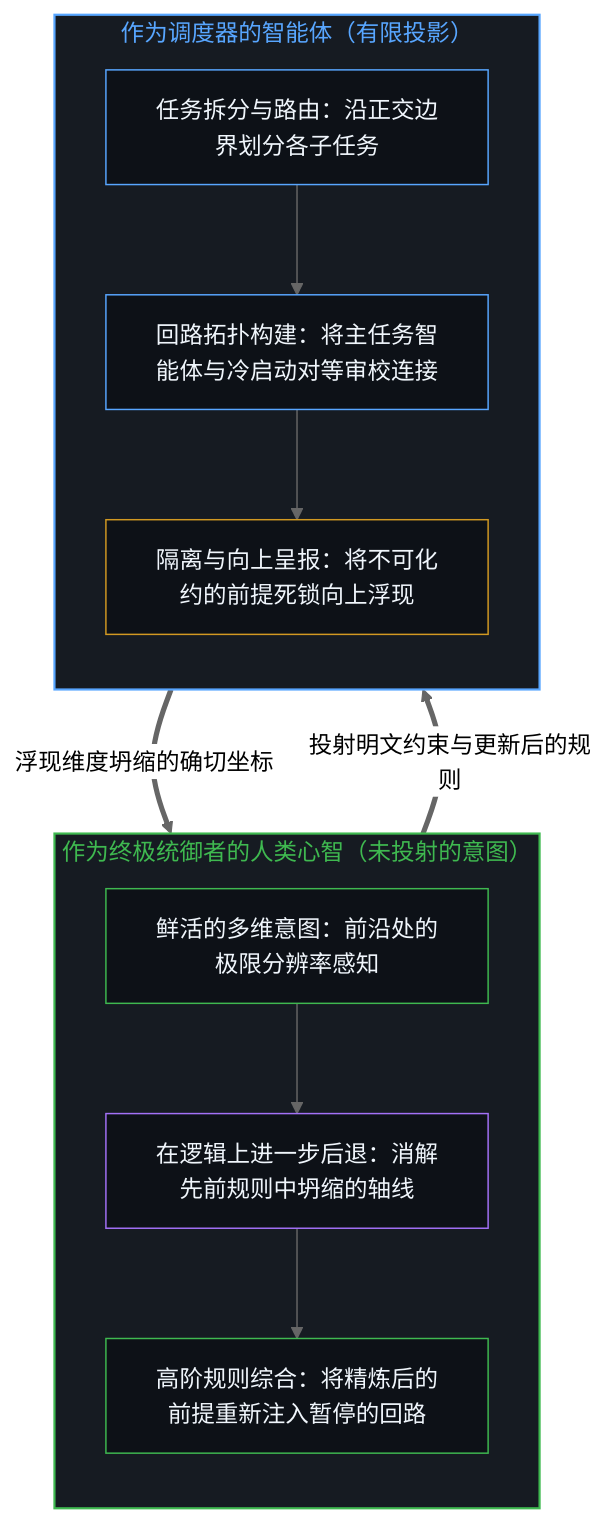
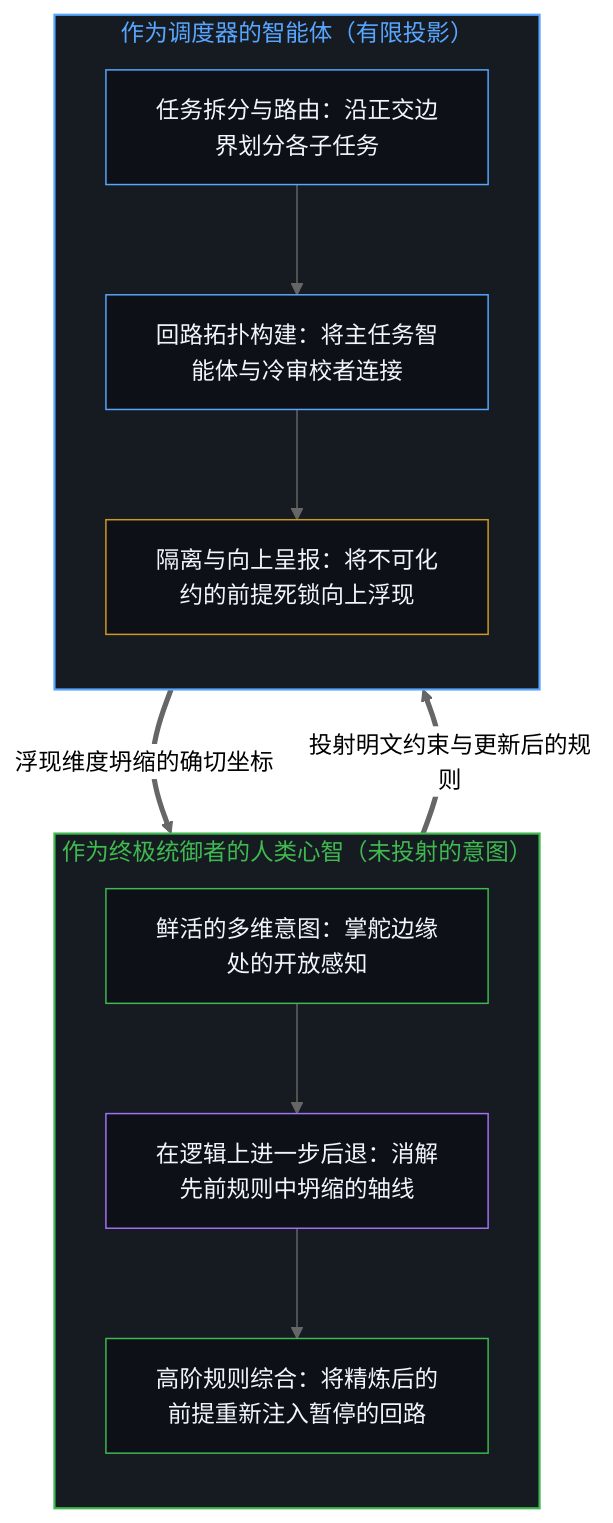
The fifth of 6 diagrams in content/posts/beyond-the-projection.md (powerpig99/not-a-toe), drawn with Mermaid (neutral theme) before and after one commit. The commit also changed other lines of this file and 5 other files, not shown here.

````diff
--- a/content/posts/beyond-the-projection.md
+++ b/content/posts/beyond-the-projection.md
@@ -241,30 +227,27 @@
 ```mermaid
 flowchart TD
     subgraph S_Orch["作为终极统御者的人类心智（未投射的意图）"]
         direction TB
-        Intent["鲜活的多维意图：前沿处的极限分辨率感知"]
+        Intent["鲜活的多维意图：掌舵边缘处的开放感知"]
         StepBack["在逻辑上进一步后退：消解先前规则中坍缩的轴线"]
         ReInject["高阶规则综合：将精炼后的前提重新注入暂停的回路"]
         Intent --> StepBack --> ReInject
     end
-
     subgraph S_Disp["作为调度器的智能体（有限投影）"]
         direction TB
         Route["任务拆分与路由：沿正交边界划分各子任务"]
-        Wire["回路拓扑构建：将主任务智能体与冷启动对等审校连接"]
+        Wire["回路拓扑构建：将主任务智能体与冷审校者连接"]
         Escalate["隔离与向上呈报：将不可化约的前提死锁向上浮现"]
         Route --> Wire --> Escalate
     end
-
     ReInject ==>|"投射明文约束与更新后的规则"| Route
     Escalate ==>|"浮现维度坍缩的确切坐标"| StepBack
-
     style S_Orch fill:#161b22,stroke:#3fb950,stroke-width:1.5px,color:#3fb950
     style S_Disp fill:#161b22,stroke:#58a6ff,stroke-width:1.5px,color:#58a6ff
     style Intent fill:#0d1117,stroke:#3fb950,stroke-width:1px,color:#f0f6fc
     style StepBack fill:#0d1117,stroke:#a371f7,stroke-width:1px,color:#f0f6fc
     style ReInject fill:#0d1117,stroke:#3fb950,stroke-width:1px,color:#f0f6fc
     style Route fill:#0d1117,stroke:#58a6ff,stroke-width:1px,color:#f0f6fc
     style Wire fill:#0d1117,stroke:#58a6ff,stroke-width:1px,color:#f0f6fc
     style Escalate fill:#0d1117,stroke:#d29922,stroke-width:1px,color:#f0f6fc
 ```
````
